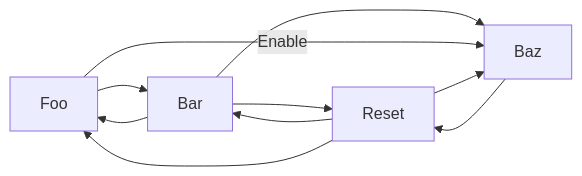
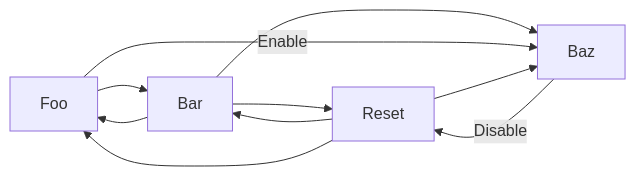
The diagram in docs/test.md (cadus/incinerator), drawn with Mermaid before and after one commit. The commit also changed 1 other file, not shown here.

Commit message:
Add script to deploy docs

````diff
--- a/docs/test.md
+++ b/docs/test.md
@@ -7,16 +7,16 @@
 ``` mermaid
 graph LR
   A[Foo]
   B[Bar]
   C[Baz]
   D[Reset]
   A-->B
   B-->D
   B-->C
   A-- Enable -->C
   B-->A
-  C-->D
+  C-- Disable -->D
   D-->C
   D-->B
   D-->A
 ```
````
